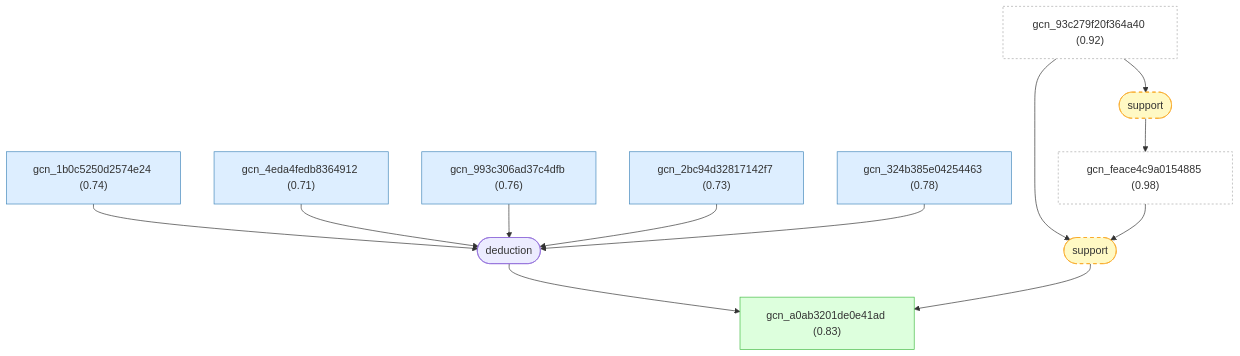
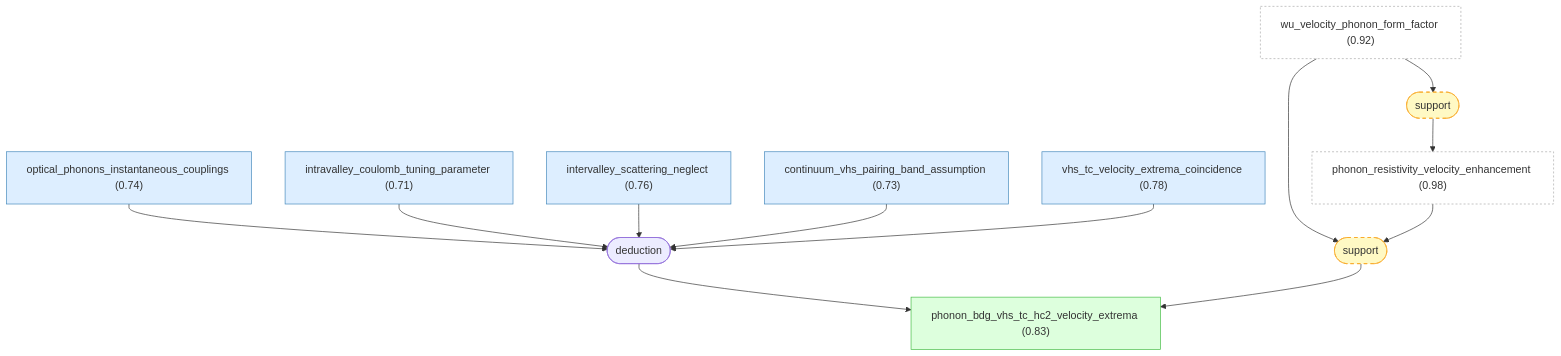
Before and after one commit to Callo42/tbg-magic-angle-gaia: the fourth of 10 diagrams in docs/detailed-reasoning.md, drawn with Mermaid. The commit also changed other lines of this file and 33 other files, not shown here.

````diff
--- a/docs/detailed-reasoning.md
+++ b/docs/detailed-reasoning.md
@@ -381,35 +379,35 @@
 ```mermaid
 graph TD
-    gcn_93c279f20f364a40["gcn_93c279f20f364a40 (0.92)"]:::external
-    gcn_feace4c9a0154885["gcn_feace4c9a0154885 (0.98)"]:::external
-    gcn_1b0c5250d2574e24["gcn_1b0c5250d2574e24 (0.74)"]:::premise
-    gcn_4eda4fedb8364912["gcn_4eda4fedb8364912 (0.71)"]:::premise
-    gcn_993c306ad37c4dfb["gcn_993c306ad37c4dfb (0.76)"]:::premise
-    gcn_2bc94d32817142f7["gcn_2bc94d32817142f7 (0.73)"]:::premise
-    gcn_324b385e04254463["gcn_324b385e04254463 (0.78)"]:::premise
-    gcn_a0ab3201de0e41ad["gcn_a0ab3201de0e41ad (0.83)"]:::derived
+    wu_velocity_phonon_form_factor["wu_velocity_phonon_form_factor (0.92)"]:::external
+    phonon_resistivity_velocity_enhancement["phonon_resistivity_velocity_enhancement (0.98)"]:::external
+    optical_phonons_instantaneous_couplings["optical_phonons_instantaneous_couplings (0.74)"]:::premise
+    intravalley_coulomb_tuning_parameter["intravalley_coulomb_tuning_parameter (0.71)"]:::premise
+    intervalley_scattering_neglect["intervalley_scattering_neglect (0.76)"]:::premise
+    continuum_vhs_pairing_band_assumption["continuum_vhs_pairing_band_assumption (0.73)"]:::premise
+    vhs_tc_velocity_extrema_coincidence["vhs_tc_velocity_extrema_coincidence (0.78)"]:::premise
+    phonon_bdg_vhs_tc_hc2_velocity_extrema["phonon_bdg_vhs_tc_hc2_velocity_extrema (0.83)"]:::derived
     strat_3(["deduction"])
-    gcn_1b0c5250d2574e24 --> strat_3
-    gcn_4eda4fedb8364912 --> strat_3
-    gcn_993c306ad37c4dfb --> strat_3
-    gcn_2bc94d32817142f7 --> strat_3
-    gcn_324b385e04254463 --> strat_3
-    strat_3 --> gcn_a0ab3201de0e41ad
+    optical_phonons_instantaneous_couplings --> strat_3
+    intravalley_coulomb_tuning_parameter --> strat_3
+    intervalley_scattering_neglect --> strat_3
+    continuum_vhs_pairing_band_assumption --> strat_3
+    vhs_tc_velocity_extrema_coincidence --> strat_3
+    strat_3 --> phonon_bdg_vhs_tc_hc2_velocity_extrema
     strat_11(["support"]):::weak
-    gcn_93c279f20f364a40 --> strat_11
-    strat_11 --> gcn_feace4c9a0154885
+    wu_velocity_phonon_form_factor --> strat_11
+    strat_11 --> phonon_resistivity_velocity_enhancement
     strat_12(["support"]):::weak
-    gcn_93c279f20f364a40 --> strat_12
-    gcn_feace4c9a0154885 --> strat_12
-    strat_12 --> gcn_a0ab3201de0e41ad
+    wu_velocity_phonon_form_factor --> strat_12
+    phonon_resistivity_velocity_enhancement --> strat_12
+    strat_12 --> phonon_bdg_vhs_tc_hc2_velocity_extrema
 
     classDef setting fill:#f0f0f0,stroke:#999,color:#333
     classDef premise fill:#ddeeff,stroke:#4488bb,color:#333
     classDef derived fill:#ddffdd,stroke:#44bb44,color:#333
     classDef question fill:#fff3dd,stroke:#cc9944,color:#333
     classDef background fill:#f5f5f5,stroke:#bbb,stroke-dasharray: 5 5,color:#333
     classDef orphan fill:#fff,stroke:#ccc,stroke-dasharray: 5 5,color:#333
     classDef external fill:#fff,stroke:#aaa,stroke-dasharray: 3 3,color:#333
     classDef weak fill:#fff9c4,stroke:#f9a825,stroke-dasharray: 5 5,color:#333
     classDef contra fill:#ffebee,stroke:#c62828,color:#333
 ```
````
